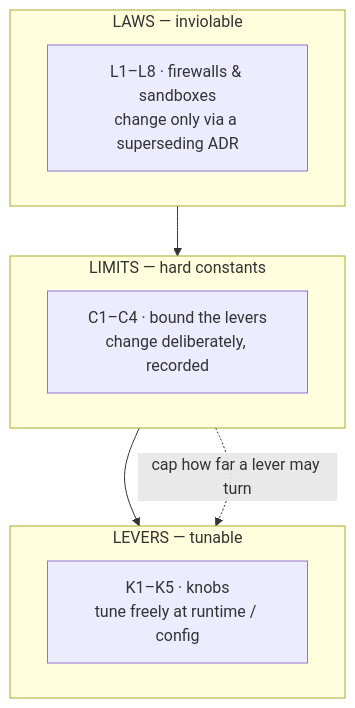
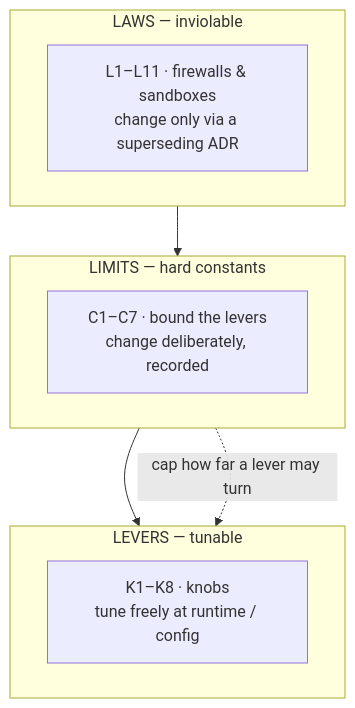
One commit to CarlosBurrlos/my-simple-day-os changed the third of 3 diagrams in docs/POLICY.md. Above: the diagram before and after it, drawn with Mermaid. The commit also changed other lines of this file, not shown here.

First line of the commit message:
docs(policy)!: ratify ADR-0003 deltas (L9-L11, C5-C7, K6-K8)

````diff
--- a/docs/POLICY.md
+++ b/docs/POLICY.md
@@ -138,14 +148,14 @@
 ```mermaid
 flowchart TB
     subgraph laws["LAWS — inviolable"]
-        l["L1–L8 · firewalls & sandboxes<br/>change only via a superseding ADR"]
+        l["L1–L11 · firewalls & sandboxes<br/>change only via a superseding ADR"]
     end
     subgraph limits["LIMITS — hard constants"]
-        c["C1–C4 · bound the levers<br/>change deliberately, recorded"]
+        c["C1–C7 · bound the levers<br/>change deliberately, recorded"]
     end
     subgraph levers["LEVERS — tunable"]
-        k["K1–K5 · knobs<br/>tune freely at runtime / config"]
+        k["K1–K8 · knobs<br/>tune freely at runtime / config"]
     end
     laws --> limits --> levers
     limits -. "cap how far a lever may turn" .-> levers
 ```
````
